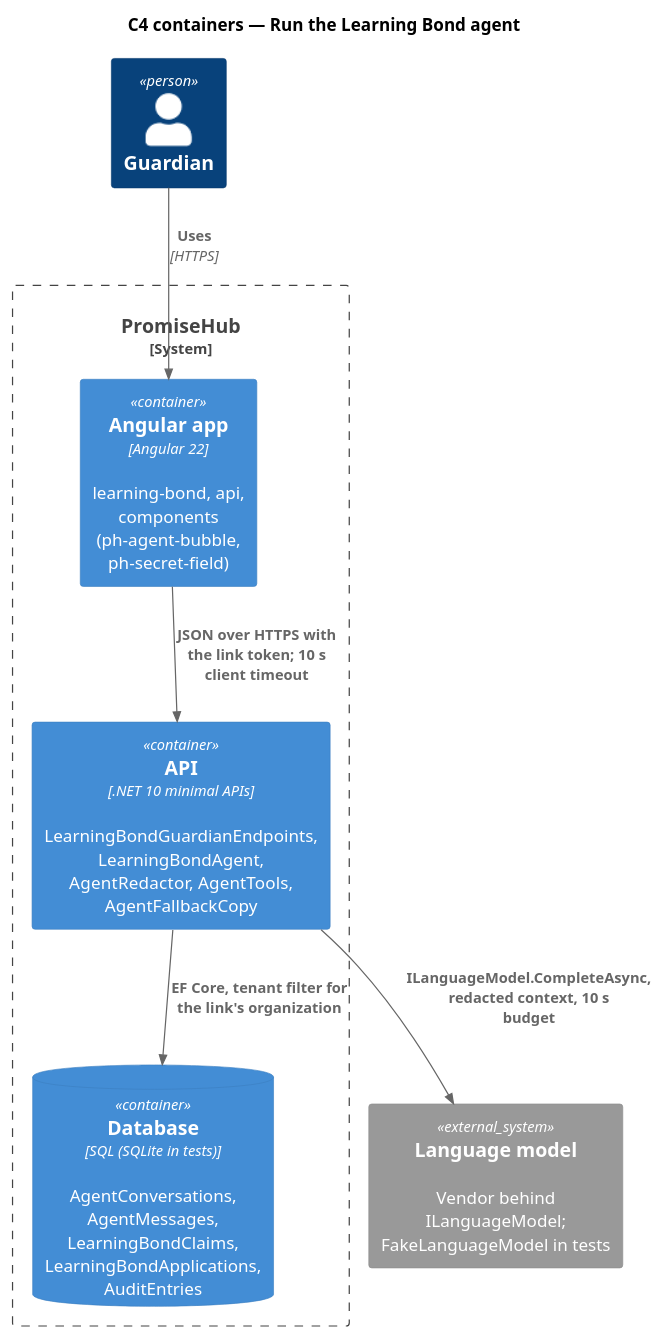
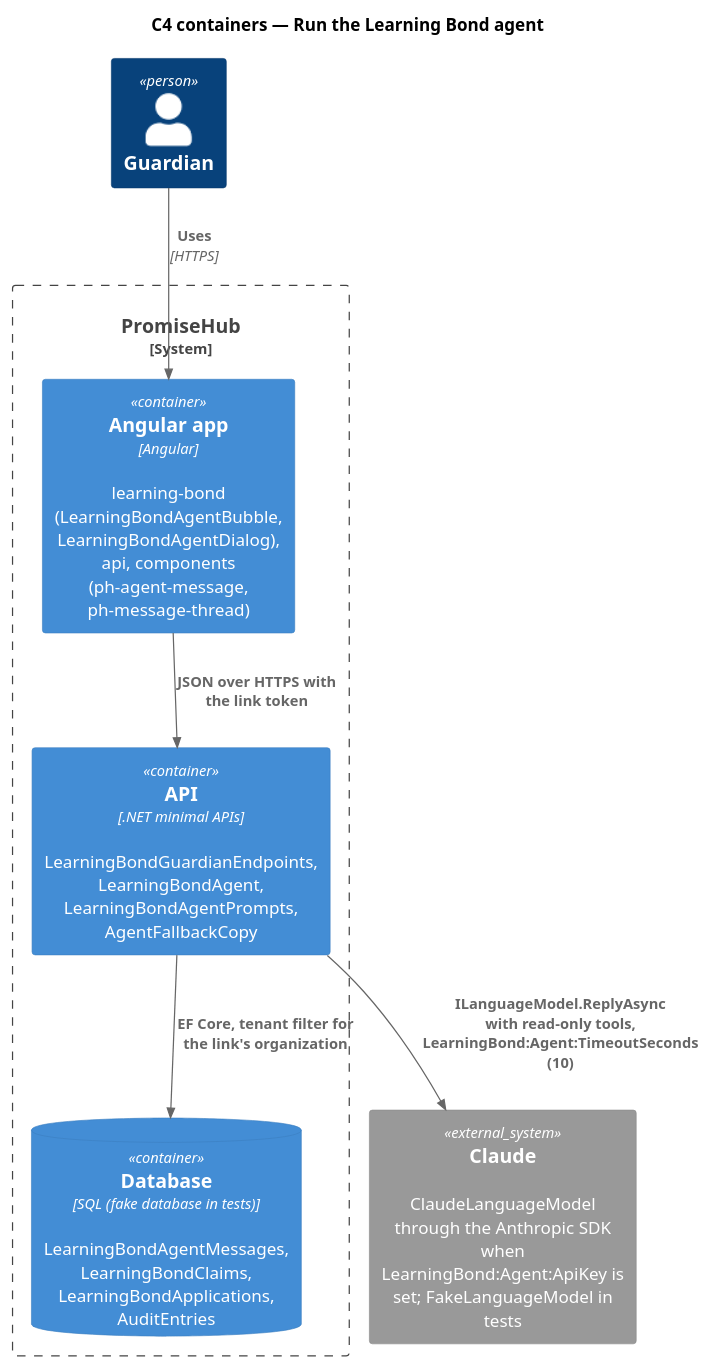
Before and after one commit to QuinntyneBrown/promise-hub: the diagram in docs/detailed-designs/learning-bond/run-learning-bond-agent/diagrams/c4-container.puml, drawn with PlantUML. The commit also changed 93 other files, not shown here.

```diff
--- a/docs/detailed-designs/learning-bond/run-learning-bond-agent/diagrams/c4-container.puml
+++ b/docs/detailed-designs/learning-bond/run-learning-bond-agent/diagrams/c4-container.puml
@@ -1,15 +1,15 @@
 @startuml
 !include <C4/C4_Container>
 title C4 containers — Run the Learning Bond agent
 Person(guardian, "Guardian")
 System_Boundary(ph, "PromiseHub") {
-  Container(web, "Angular app", "Angular 22", "learning-bond, api, components (ph-agent-bubble, ph-secret-field)")
-  Container(api, "API", ".NET 10 minimal APIs", "LearningBondGuardianEndpoints, LearningBondAgent, AgentRedactor, AgentTools, AgentFallbackCopy")
-  ContainerDb(db, "Database", "SQL (SQLite in tests)", "AgentConversations, AgentMessages, LearningBondClaims, LearningBondApplications, AuditEntries")
+  Container(web, "Angular app", "Angular", "learning-bond (LearningBondAgentBubble, LearningBondAgentDialog), api, components (ph-agent-message, ph-message-thread)")
+  Container(api, "API", ".NET minimal APIs", "LearningBondGuardianEndpoints, LearningBondAgent, LearningBondAgentPrompts, AgentFallbackCopy")
+  ContainerDb(db, "Database", "SQL (fake database in tests)", "LearningBondAgentMessages, LearningBondClaims, LearningBondApplications, AuditEntries")
 }
-System_Ext(llm, "Language model", "Vendor behind ILanguageModel; FakeLanguageModel in tests")
+System_Ext(llm, "Claude", "ClaudeLanguageModel through the Anthropic SDK when LearningBond:Agent:ApiKey is set; FakeLanguageModel in tests")
 Rel(guardian, web, "Uses", "HTTPS")
-Rel(web, api, "JSON over HTTPS with the link token; 10 s client timeout")
+Rel(web, api, "JSON over HTTPS with the link token")
 Rel(api, db, "EF Core, tenant filter for the link's organization")
-Rel(api, llm, "ILanguageModel.CompleteAsync, redacted context, 10 s budget")
+Rel(api, llm, "ILanguageModel.ReplyAsync with read-only tools, LearningBond:Agent:TimeoutSeconds (10)")
 @enduml
```
